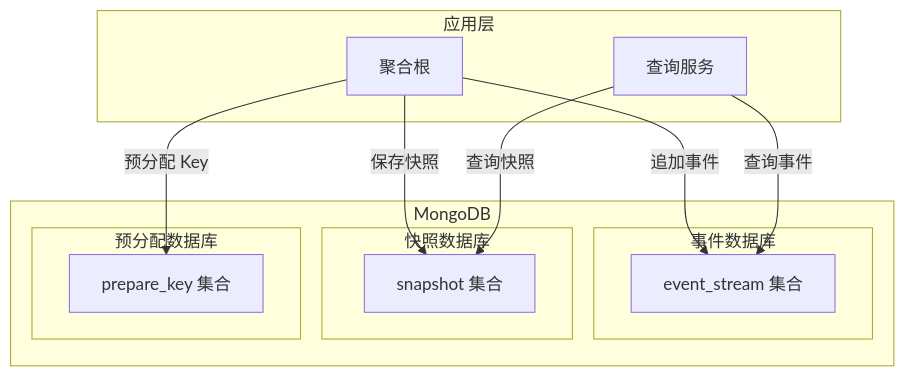
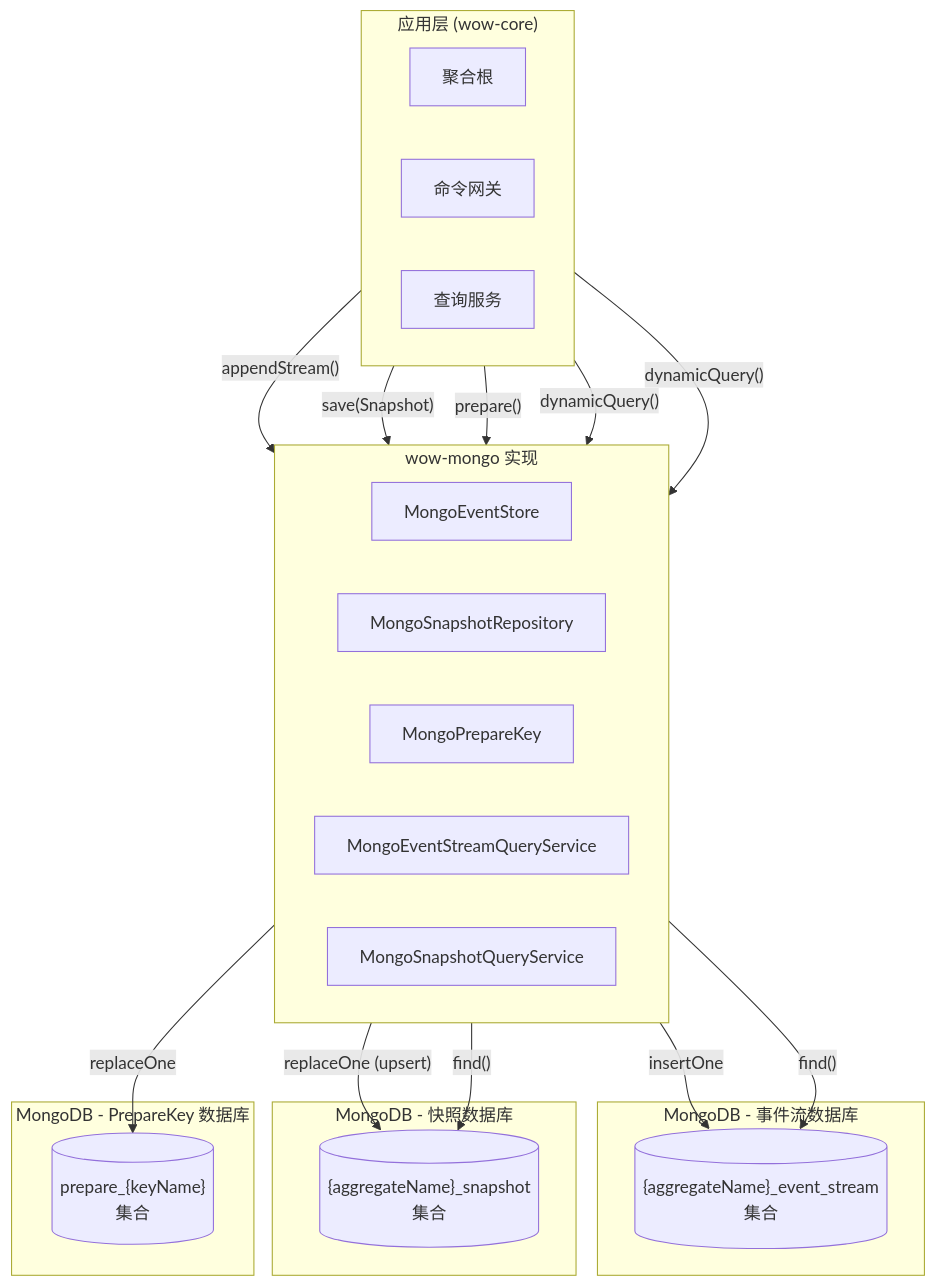
The first of 3 diagrams in documentation/docs/zh/guide/extensions/mongo.md (Ahoo-Wang/Wow), drawn with Mermaid before and after one commit. The commit also changed other lines of this file and 96 other files, not shown here.

First line of the commit message:
docs: restructure documentation into three-layer progressive architecture (#2622)

````diff
--- a/documentation/docs/zh/guide/extensions/mongo.md
+++ b/documentation/docs/zh/guide/extensions/mongo.md
@@ -18,25 +20,41 @@
 ```mermaid
-flowchart TB
-    subgraph Application["应用层"]
-        AR[聚合根]
-        QS[查询服务]
+graph TB
+    subgraph App["应用层 (wow-core)"]
+        direction LR
+        AR["聚合根"]
+        CM["命令网关"]
+        QS["查询服务"]
     end
-    
-    subgraph Mongo["MongoDB"]
-        subgraph EventDB["事件数据库"]
-            ES["event_stream 集合"]
-        end
-        subgraph SnapshotDB["快照数据库"]
-            SS["snapshot 集合"]
-        end
-        subgraph PrepareDB["预分配数据库"]
-            PK["prepare_key 集合"]
-        end
+
+    subgraph MongoEvent["MongoDB - 事件流数据库"]
+        ESColl[("{aggregateName}_event_stream<br>集合")]
     end
-    
-    AR -->|追加事件| ES
-    AR -->|保存快照| SS
-    AR -->|预分配 Key| PK
-    QS -->|查询快照| SS
-    QS -->|查询事件| ES
+
+    subgraph MongoSnap["MongoDB - 快照数据库"]
+        SSCol[("{aggregateName}_snapshot<br>集合")]
+    end
+
+    subgraph MongoPrep["MongoDB - PrepareKey 数据库"]
+        PKCol[("prepare_{keyName}<br>集合")]
+    end
+
+    subgraph Impl["wow-mongo 实现"]
+        direction LR
+        MES["MongoEventStore"]
+        MSR["MongoSnapshotRepository"]
+        MPK["MongoPrepareKey"]
+        MESQ["MongoEventStreamQueryService"]
+        MSQS["MongoSnapshotQueryService"]
+    end
+
+    AR -->|"appendStream()"| MES
+    MES -->|"insertOne"| ESColl
+    AR -->|"save(Snapshot)"| MSR
+    MSR -->|"replaceOne (upsert)"| SSCol
+    CM -->|"prepare()"| MPK
+    MPK -->|"replaceOne"| PKCol
+    QS -->|"dynamicQuery()"| MESQ
+    MESQ -->|"find()"| ESColl
+    QS -->|"dynamicQuery()"| MSQS
+    MSQS -->|"find()"| SSCol
 ```
````
